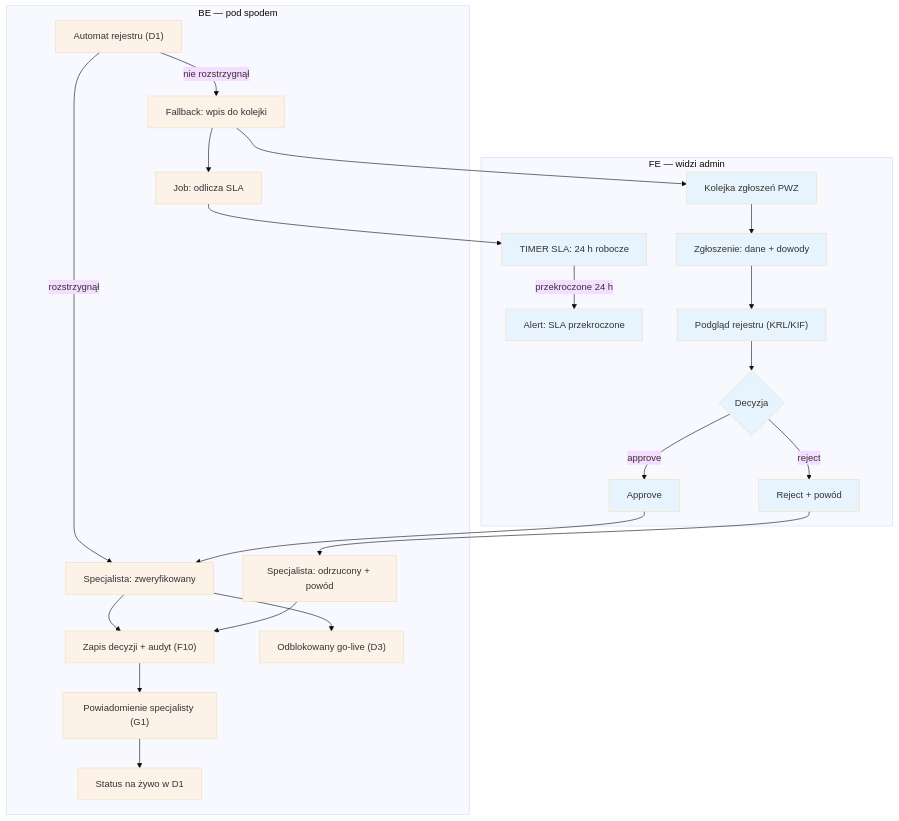
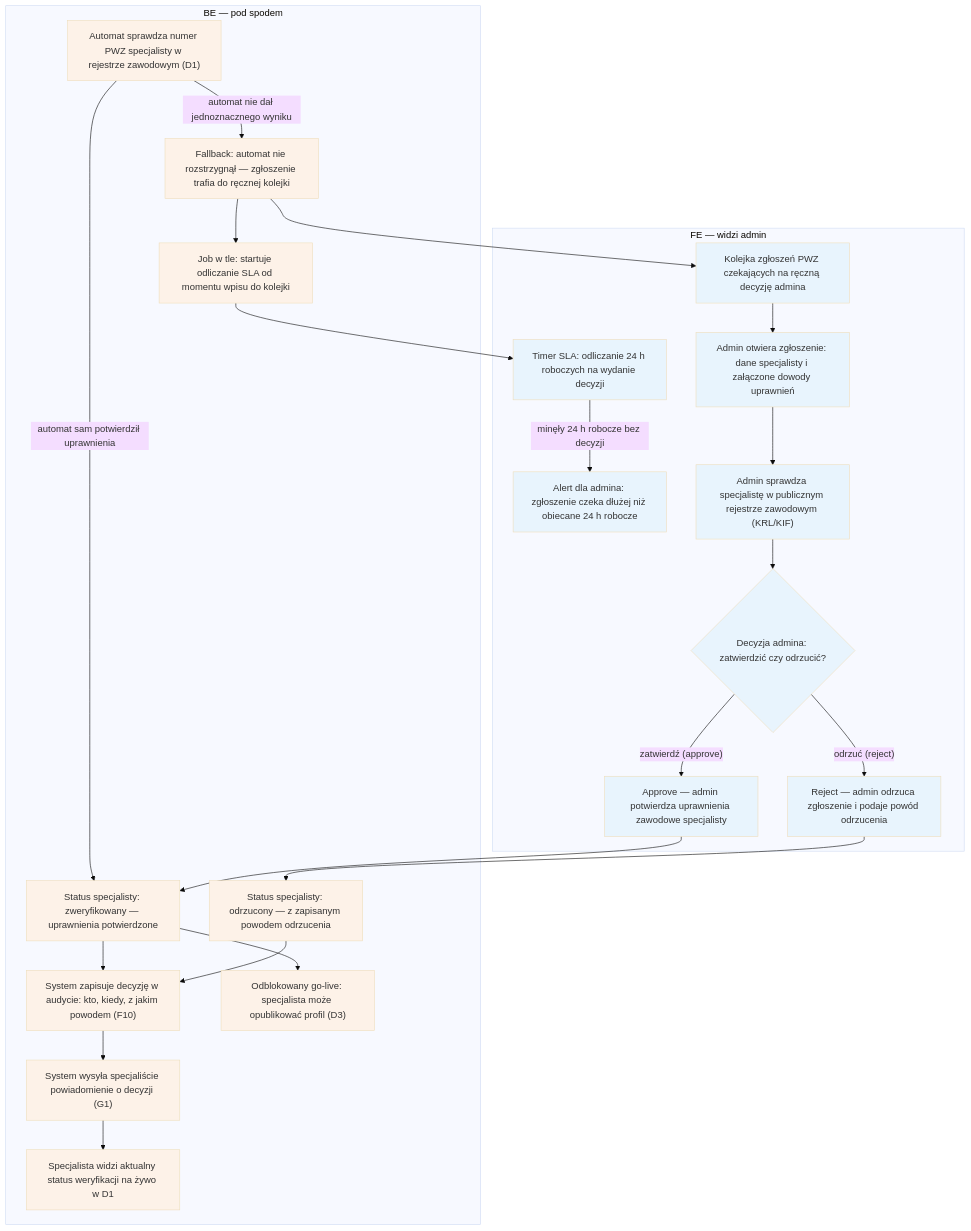
One commit to QooperBoy/medivo_portal changed the diagram in diagrams/f-backoffice/f1-kolejka-weryfikacji-pwz.md. Above: the diagram before and after it, drawn with Mermaid (base theme). The commit also changed other lines of this file and 47 other files, not shown here.

First line of the commit message:
czytelnosc: pelne etykiety + sekcje Aktorzy i Objasnienie blokow (23 diagramy)

````diff
--- a/diagrams/f-backoffice/f1-kolejka-weryfikacji-pwz.md
+++ b/diagrams/f-backoffice/f1-kolejka-weryfikacji-pwz.md
@@ -3,49 +3,49 @@
 ```mermaid
 flowchart TD
     subgraph FE["FE — widzi admin"]
-        KOLEJKA["Kolejka zgłoszeń PWZ"]
-        TIMER["TIMER SLA: 24 h robocze"]
-        ALERT["Alert: SLA przekroczone"]
-        SZCZEGOLY["Zgłoszenie: dane + dowody"]
-        REJESTR["Podgląd rejestru (KRL/KIF)"]
-        DECYZJA{"Decyzja"}
-        APPROVE["Approve"]
-        REJECT["Reject + powód"]
+        KOLEJKA["Kolejka zgłoszeń PWZ czekających na ręczną decyzję admina"]
+        TIMER["Timer SLA: odliczanie 24 h roboczych na wydanie decyzji"]
+        ALERT["Alert dla admina: zgłoszenie czeka dłużej niż obiecane 24 h robocze"]
+        SZCZEGOLY["Admin otwiera zgłoszenie: dane specjalisty i załączone dowody uprawnień"]
+        REJESTR["Admin sprawdza specjalistę w publicznym rejestrze zawodowym (KRL/KIF)"]
+        DECYZJA{"Decyzja admina: zatwierdzić czy odrzucić?"}
+        APPROVE["Approve — admin potwierdza uprawnienia zawodowe specjalisty"]
+        REJECT["Reject — admin odrzuca zgłoszenie i podaje powód odrzucenia"]
     end
 
     subgraph BE["BE — pod spodem"]
-        AUTOMAT["Automat rejestru (D1)"]
-        FALLBACK["Fallback: wpis do kolejki"]
-        SLAJOB["Job: odlicza SLA"]
-        STATUSOK["Specjalista: zweryfikowany"]
-        STATUSNO["Specjalista: odrzucony + powód"]
-        AUDYT["Zapis decyzji + audyt (F10)"]
-        MSGS["Powiadomienie specjalisty (G1)"]
-        STATUSLIVE["Status na żywo w D1"]
-        GOLIVE["Odblokowany go-live (D3)"]
+        AUTOMAT["Automat sprawdza numer PWZ specjalisty w rejestrze zawodowym (D1)"]
+        FALLBACK["Fallback: automat nie rozstrzygnął — zgłoszenie trafia do ręcznej kolejki"]
+        SLAJOB["Job w tle: startuje odliczanie SLA od momentu wpisu do kolejki"]
+        STATUSOK["Status specjalisty: zweryfikowany — uprawnienia potwierdzone"]
+        STATUSNO["Status specjalisty: odrzucony — z zapisanym powodem odrzucenia"]
+        AUDYT["System zapisuje decyzję w audycie: kto, kiedy, z jakim powodem (F10)"]
+        MSGS["System wysyła specjaliście powiadomienie o decyzji (G1)"]
+        STATUSLIVE["Specjalista widzi aktualny status weryfikacji na żywo w D1"]
+        GOLIVE["Odblokowany go-live: specjalista może opublikować profil (D3)"]
     end
 
-    AUTOMAT -->|"rozstrzygnął"| STATUSOK
-    AUTOMAT -->|"nie rozstrzygnął"| FALLBACK
+    AUTOMAT -->|"automat sam potwierdził uprawnienia"| STATUSOK
+    AUTOMAT -->|"automat nie dał jednoznacznego wyniku"| FALLBACK
     FALLBACK --> KOLEJKA
     FALLBACK --> SLAJOB
     SLAJOB --> TIMER
-    TIMER -->|"przekroczone 24 h"| ALERT
+    TIMER -->|"minęły 24 h robocze bez decyzji"| ALERT
     KOLEJKA --> SZCZEGOLY
     SZCZEGOLY --> REJESTR
     REJESTR --> DECYZJA
-    DECYZJA -->|"approve"| APPROVE
-    DECYZJA -->|"reject"| REJECT
+    DECYZJA -->|"zatwierdź (approve)"| APPROVE
+    DECYZJA -->|"odrzuć (reject)"| REJECT
     APPROVE --> STATUSOK
     REJECT --> STATUSNO
     STATUSOK --> AUDYT
     STATUSNO --> AUDYT
     AUDYT --> MSGS
     MSGS --> STATUSLIVE
     STATUSOK --> GOLIVE
 
     classDef fe fill:#e8f4fd
     classDef be fill:#fdf2e8
     class KOLEJKA,TIMER,ALERT,SZCZEGOLY,REJESTR,DECYZJA,APPROVE,REJECT fe
     class AUTOMAT,FALLBACK,SLAJOB,STATUSOK,STATUSNO,AUDYT,MSGS,STATUSLIVE,GOLIVE be
 ```
````
